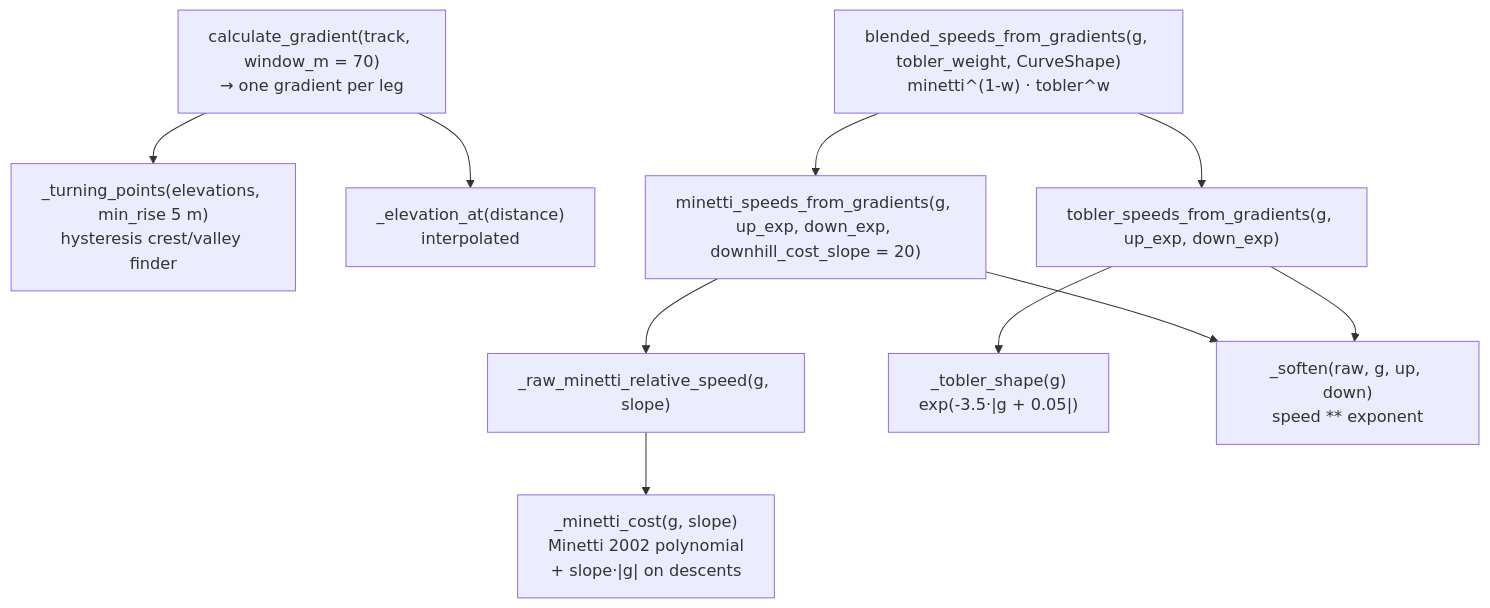
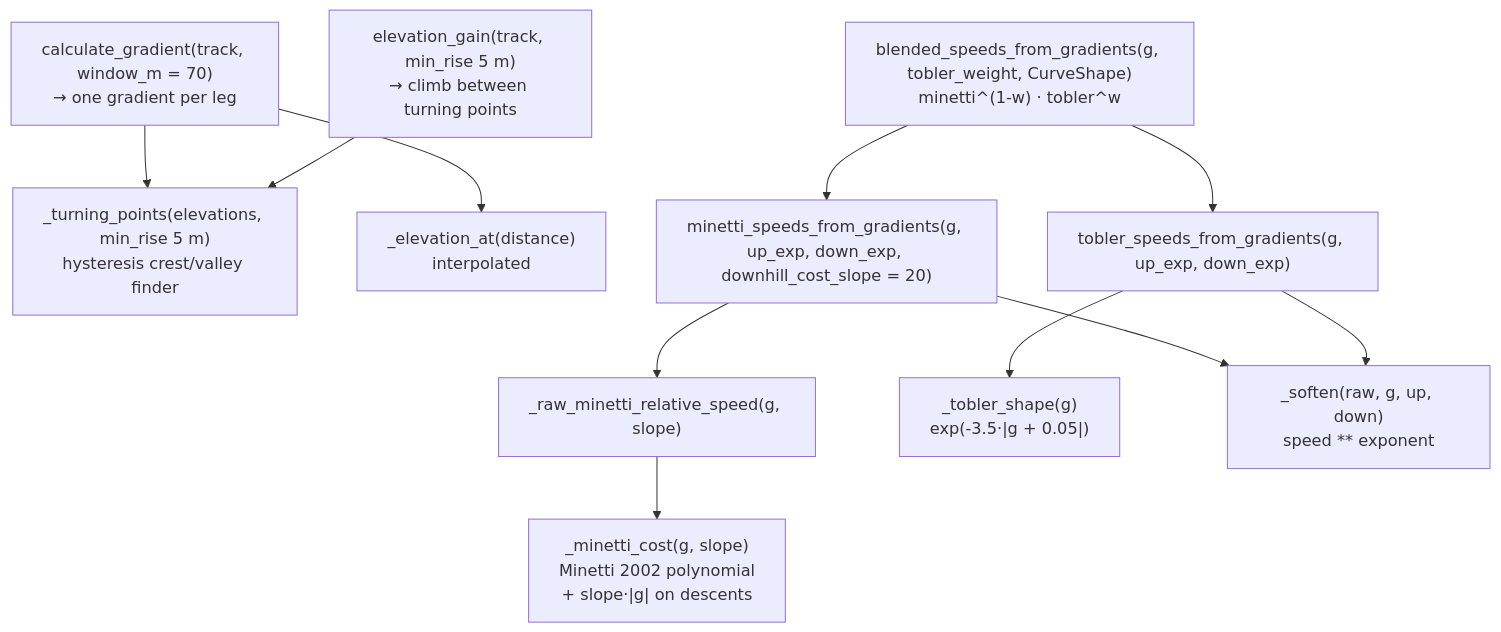
The sixth of 15 diagrams in docs/ARCHITECTURE.md (martin-iflap/GPX_to_FIT), drawn with Mermaid before and after one commit. The commit also changed other lines of this file and 24 other files, not shown here.

````diff
--- a/docs/ARCHITECTURE.md
+++ b/docs/ARCHITECTURE.md
@@ -328,19 +338,20 @@
 ```mermaid
 flowchart TD
   cg["calculate_gradient(track, window_m = 70)<br/>→ one gradient per leg"]
   tp["_turning_points(elevations, min_rise 5 m)<br/>hysteresis crest/valley finder"]
   ea["_elevation_at(distance)<br/>interpolated"]
   cg --> tp
   cg --> ea
+  eg["elevation_gain(track, min_rise 5 m)<br/>→ climb between turning points"] --> tp
 
   ms["minetti_speeds_from_gradients(g, up_exp, down_exp, downhill_cost_slope = 20)"]
   rm["_raw_minetti_relative_speed(g, slope)"] --> mc["_minetti_cost(g, slope)<br/>Minetti 2002 polynomial<br/>+ slope·|g| on descents"]
   ms --> rm
   ts["tobler_speeds_from_gradients(g, up_exp, down_exp)"] --> tsh["_tobler_shape(g)<br/>exp(-3.5·|g + 0.05|)"]
   ms --> so["_soften(raw, g, up, down)<br/>speed ** exponent"]
   ts --> so
 
   bl["blended_speeds_from_gradients(g, tobler_weight, CurveShape)<br/>minetti^(1-w) · tobler^w"]
   bl --> ms
   bl --> ts
 ```
````
